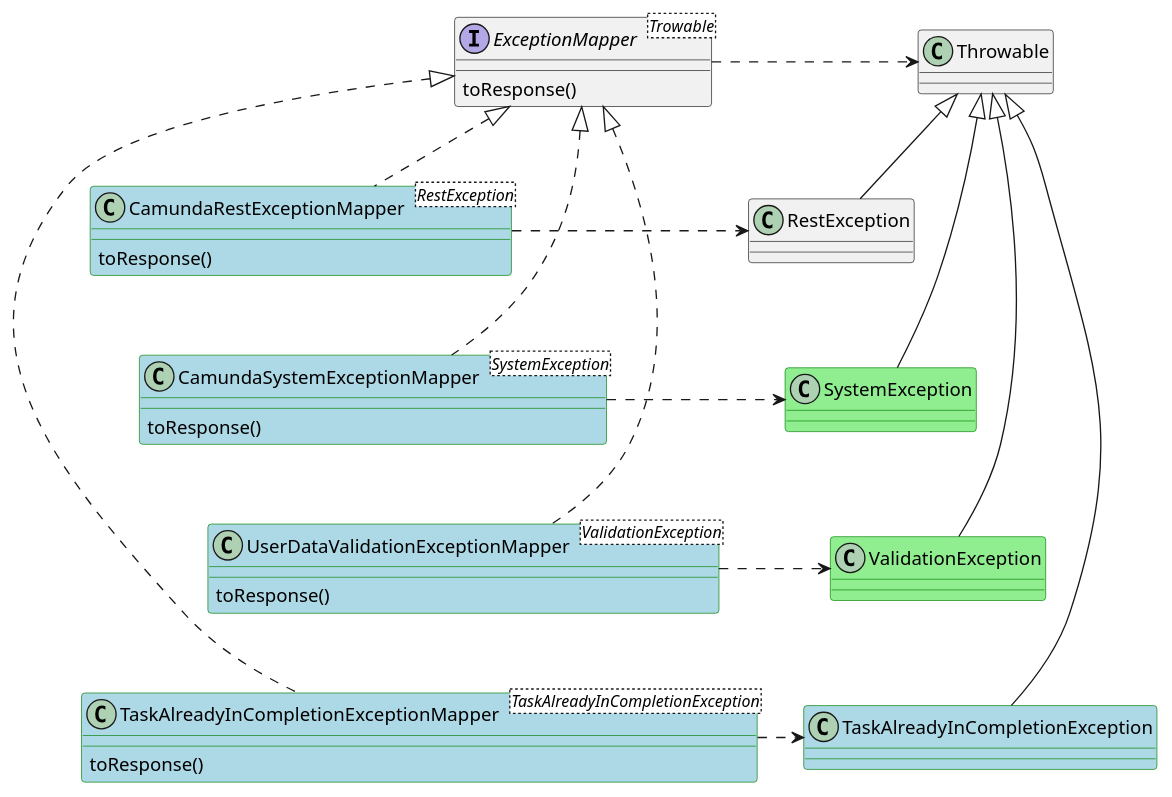
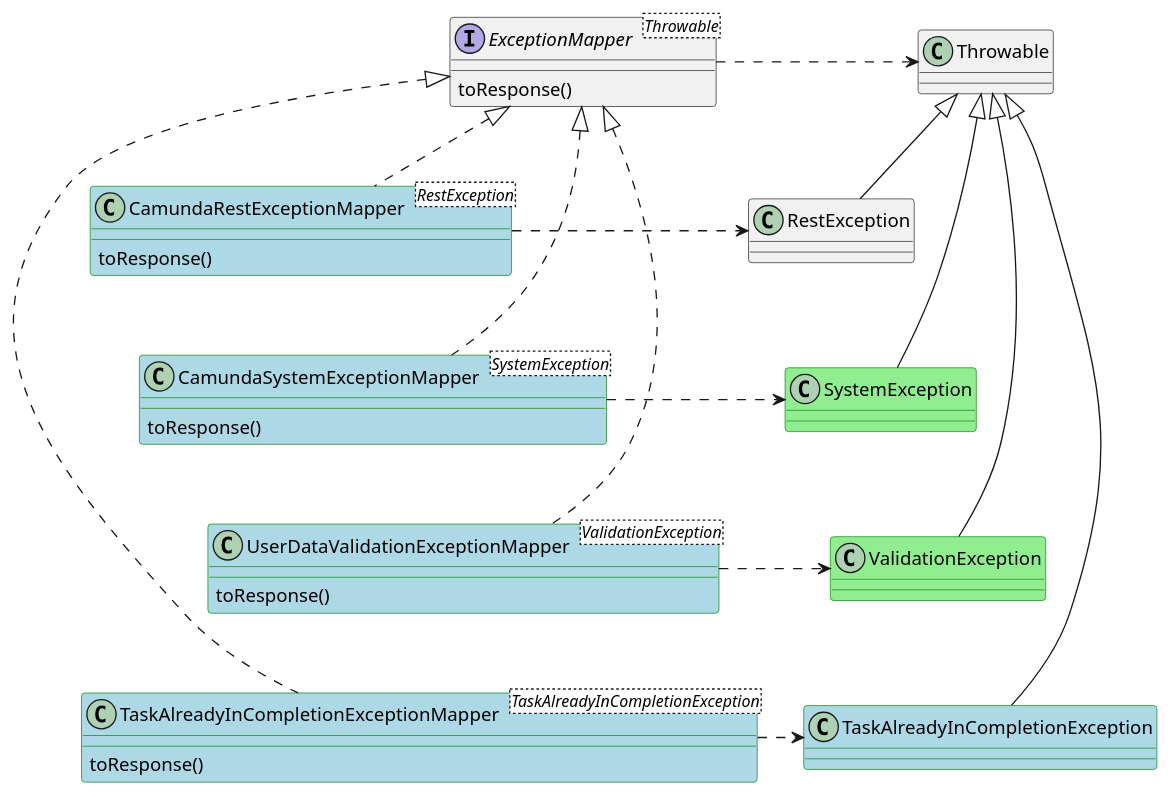
The sixth of 7 diagrams in docs/modules/bpms/pages/camunda-core-extensions.adoc (epam/edp-ddm-bpms), drawn with PlantUML before and after one commit. The commit also changed other lines of this file and 6 other files, not shown here.

```diff
--- a/docs/modules/bpms/pages/camunda-core-extensions.adoc
+++ b/docs/modules/bpms/pages/camunda-core-extensions.adoc
@@ -171,43 +206,43 @@
 [plantuml,exception-mapping,svg]
 ----
 @startuml
-interface ExceptionMapper<Trowable> {
+interface ExceptionMapper<Throwable> {
   toResponse()
 }
 
 class CamundaSystemExceptionMapper<SystemException> #back:lightblue;line:green;text:black implements ExceptionMapper {
   toResponse()
 }
 
 class CamundaRestExceptionMapper<RestException> #back:lightblue;line:green;text:black implements ExceptionMapper {
   toResponse()
 }
 
 class UserDataValidationExceptionMapper<ValidationException> #back:lightblue;line:green;text:black implements ExceptionMapper {
   toResponse()
 }
 
 
 class TaskAlreadyInCompletionExceptionMapper<TaskAlreadyInCompletionException> #back:lightblue;line:green;text:black implements ExceptionMapper {
   toResponse()
 }
 
 class RestException extends Throwable
 class SystemException #back:lightgreen;line:green;text:black extends Throwable
 class ValidationException #back:lightgreen;line:green;text:black extends Throwable
 class TaskAlreadyInCompletionException #back:lightblue;line:green;text:black extends Throwable
 
 ExceptionMapper .> Throwable
 CamundaRestExceptionMapper .> RestException
 CamundaSystemExceptionMapper .> SystemException
 UserDataValidationExceptionMapper .> ValidationException
 TaskAlreadyInCompletionExceptionMapper .> TaskAlreadyInCompletionException
 
 CamundaRestExceptionMapper --[hidden]> CamundaSystemExceptionMapper
 CamundaSystemExceptionMapper --[hidden]> UserDataValidationExceptionMapper
 UserDataValidationExceptionMapper --[hidden]> TaskAlreadyInCompletionExceptionMapper
 RestException --[hidden]> SystemException
 SystemException --[hidden]> ValidationException
 ValidationException --[hidden]> TaskAlreadyInCompletionException
 @enduml
 ----
```
